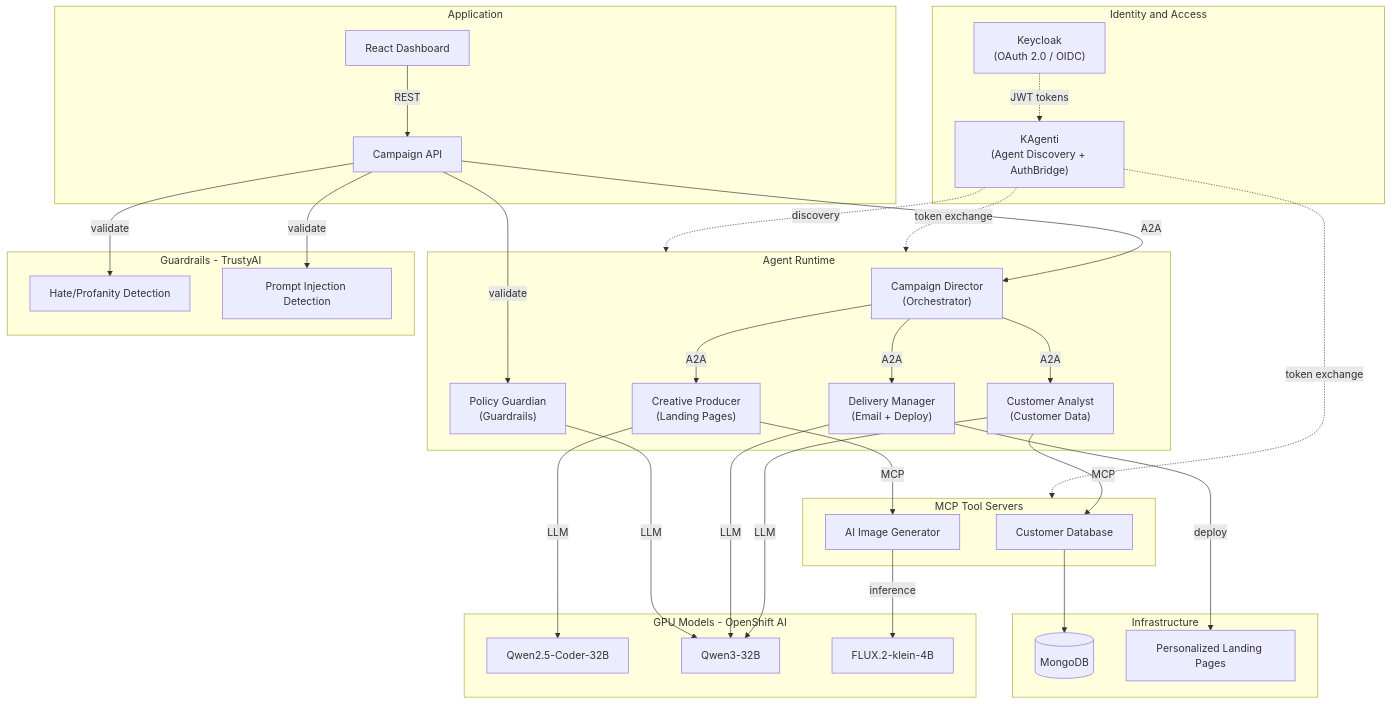
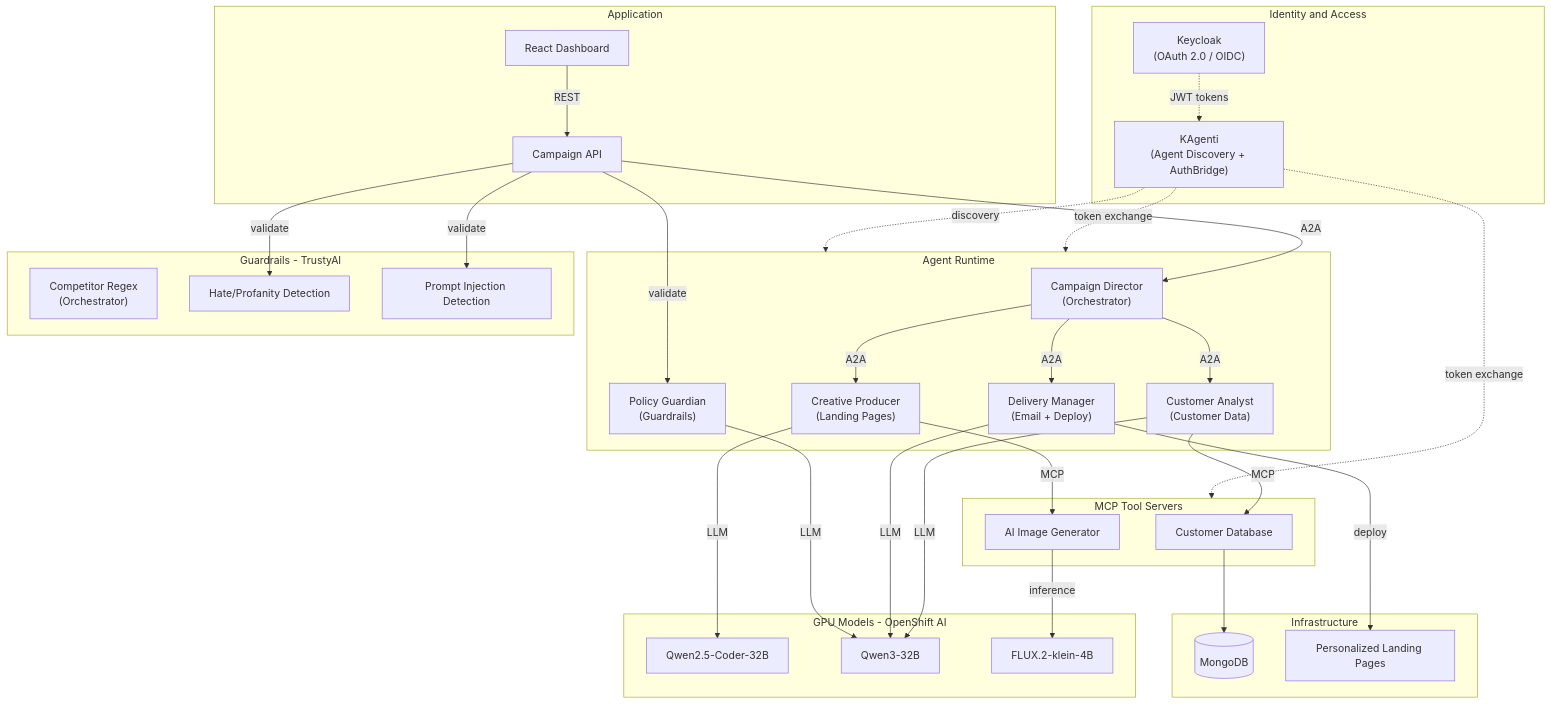
The first of 4 diagrams in README.md (gymnatics/Marketing-Assistant-Demo), drawn with Mermaid before and after one commit. The commit also changed other lines of this file and 2 other files, not shown here.

First line of the commit message:
Update docs for TrustyAI orchestrator regex integration

````diff
--- a/README.md
+++ b/README.md
@@ -9,63 +9,64 @@
 ```mermaid
 flowchart TD
     subgraph identity [Identity and Access]
         Keycloak["Keycloak\n(OAuth 2.0 / OIDC)"]
         KAgenti["KAgenti\n(Agent Discovery + AuthBridge)"]
     end
 
     subgraph app [Application]
         Dashboard["React Dashboard"]
         API["Campaign API"]
     end
 
     subgraph runtime [Agent Runtime]
         Director["Campaign Director\n(Orchestrator)"]
         Creative["Creative Producer\n(Landing Pages)"]
         Analyst["Customer Analyst\n(Customer Data)"]
         Delivery["Delivery Manager\n(Email + Deploy)"]
         Guardian["Policy Guardian\n(Guardrails)"]
     end
 
     subgraph tools [MCP Tool Servers]
         CustomerDB["Customer Database"]
         ImageGen["AI Image Generator"]
     end
 
     subgraph models [GPU Models - OpenShift AI]
         CoderLLM["Qwen2.5-Coder-32B"]
         LangLLM["Qwen3-32B"]
         FluxImg["FLUX.2-klein-4B"]
     end
 
     subgraph guardrails [Guardrails - TrustyAI]
+        RegexOrch["Competitor Regex\n(Orchestrator)"]
         HAP["Hate/Profanity Detection"]
         PromptInj["Prompt Injection Detection"]
     end
 
     subgraph infra [Infrastructure]
         MongoDB[(MongoDB)]
         Landing["Personalized Landing Pages"]
     end
 
     Dashboard -->|REST| API
     API -->|A2A| Director
     API -->|validate| Guardian
     API -->|validate| HAP
     API -->|validate| PromptInj
     Director -->|A2A| Creative
     Director -->|A2A| Analyst
     Director -->|A2A| Delivery
     Creative -->|MCP| ImageGen
     Creative -->|LLM| CoderLLM
     Analyst -->|MCP| CustomerDB
     Analyst -->|LLM| LangLLM
     Delivery -->|LLM| LangLLM
     Delivery -->|deploy| Landing
     Guardian -->|LLM| LangLLM
     ImageGen -->|inference| FluxImg
     CustomerDB --> MongoDB
     Keycloak -.->|"JWT tokens"| KAgenti
     KAgenti -.->|"token exchange"| runtime
     KAgenti -.->|"discovery"| runtime
     KAgenti -.->|"token exchange"| tools
 ```
````
